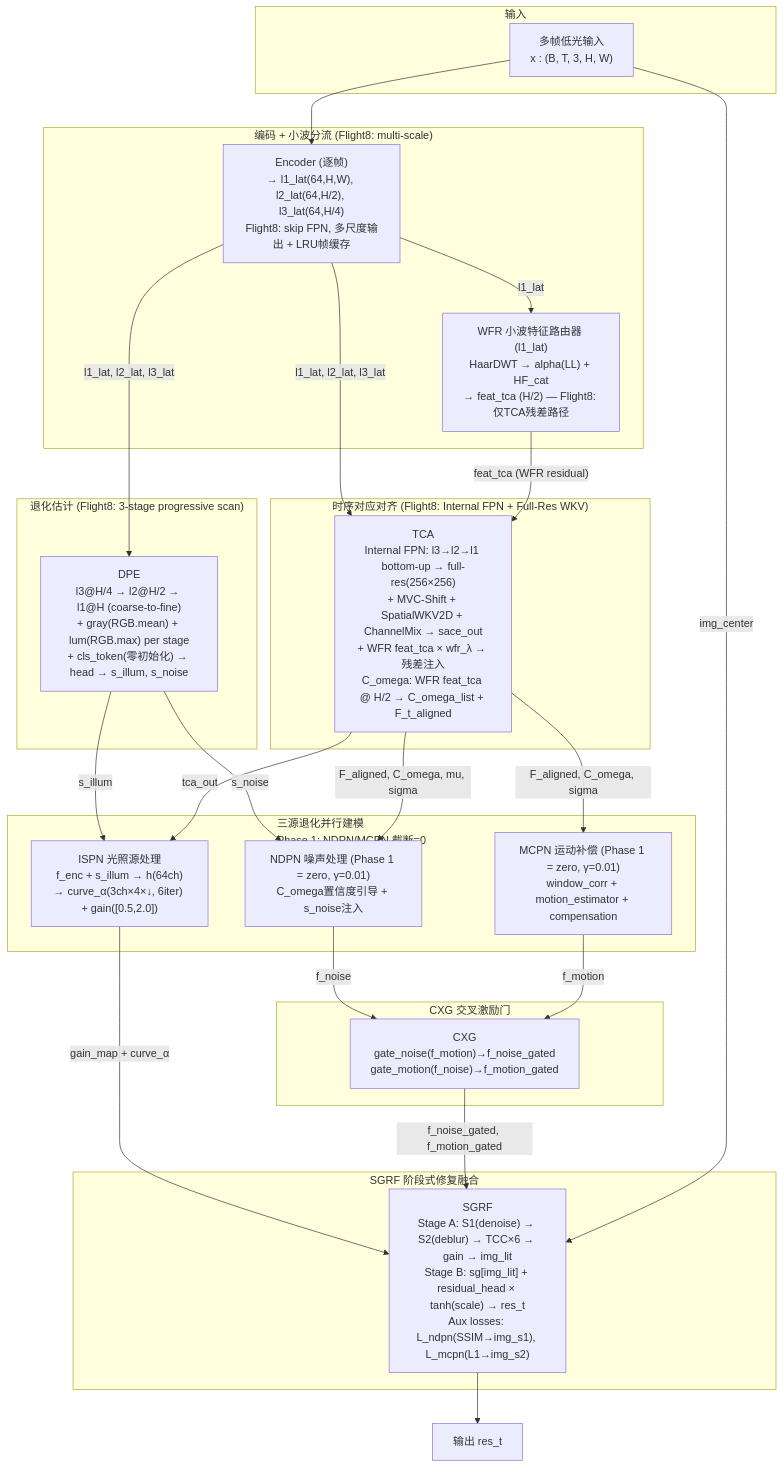
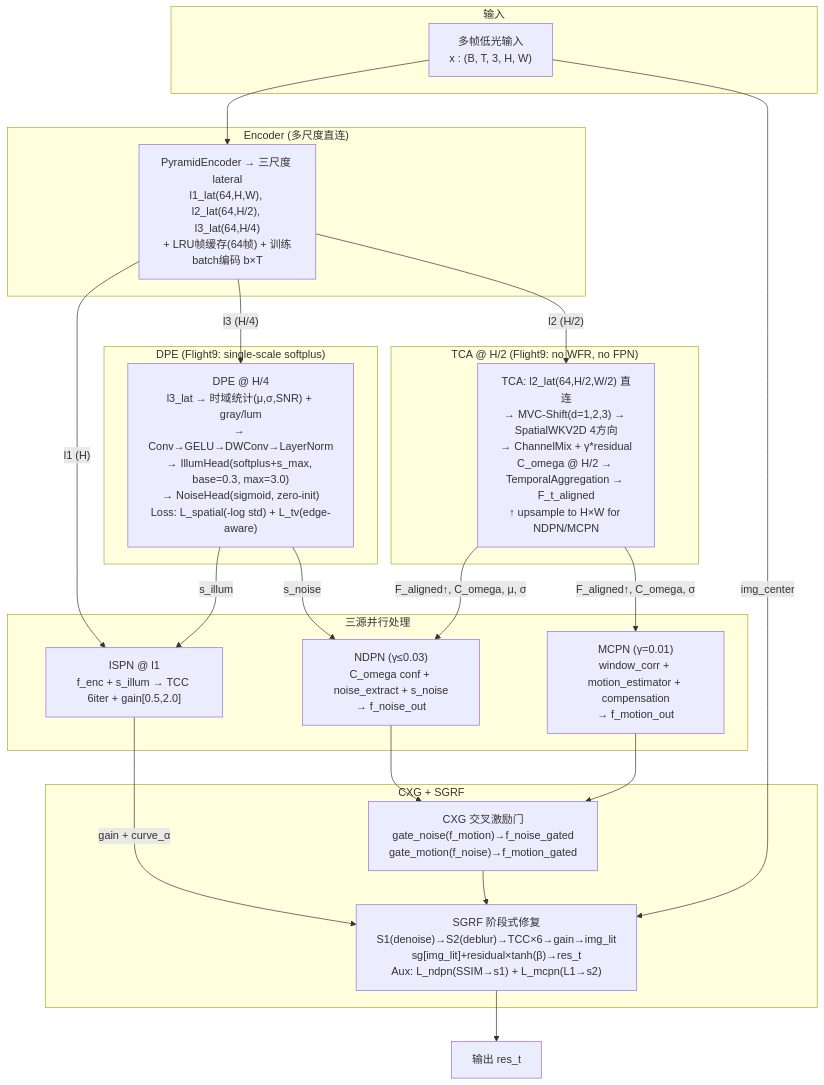
One commit to chendeming2002/TFS-Net changed the first of 2 diagrams in docs/v6/RWKV-Delta-model/v6-delta-diagrams.md. Above: the diagram before and after it, drawn with Mermaid. The commit also changed other lines of this file and 17 other files, not shown here.

````diff
--- a/docs/v6/RWKV-Delta-model/v6-delta-diagrams.md
+++ b/docs/v6/RWKV-Delta-model/v6-delta-diagrams.md
@@ -5,55 +5,46 @@
 ```mermaid
 flowchart TD
     subgraph 输入
         IN["多帧低光输入<br/>x : (B, T, 3, H, W)"]
     end
 
-    subgraph 编码分流["编码 + 小波分流 (Flight8: multi-scale)"]
-        ENC["Encoder (逐帧)<br/>→ l1_lat(64,H,W), l2_lat(64,H/2), l3_lat(64,H/4)<br/>Flight8: skip FPN, 多尺度输出 + LRU帧缓存"]
-        WFR["WFR 小波特征路由器 (l1_lat)<br/>HaarDWT → alpha(LL) + HF_cat<br/>→ feat_tca (H/2) — Flight8: 仅TCA残差路径"]
+    subgraph 编码["Encoder (多尺度直连)"]
+        ENC["PyramidEncoder → 三尺度 lateral<br/>l1_lat(64,H,W), l2_lat(64,H/2), l3_lat(64,H/4)<br/>+ LRU帧缓存(64帧) + 训练batch编码 b×T"]
     end
 
-    subgraph 诊断["退化估计 (Flight8: 3-stage progressive scan)"]
-        DPE["DPE<br/>l3@H/4 → l2@H/2 → l1@H (coarse-to-fine)<br/>+ gray(RGB.mean) + lum(RGB.max) per stage<br/>+ cls_token(零初始化) → head → s_illum, s_noise"]
+    subgraph 诊断["DPE (Flight9: single-scale softplus)"]
+        DPE["DPE @ H/4<br/>l3_lat → 时域统计(μ,σ,SNR) + gray/lum<br/>→ Conv→GELU→DWConv→LayerNorm<br/>→ IllumHead(softplus+s_max, base=0.3, max=3.0)<br/>→ NoiseHead(sigmoid, zero-init)<br/>Loss: L_spatial(-log std) + L_tv(edge-aware)"]
     end
 
-    subgraph 对齐["时序对应对齐 (Flight8: Internal FPN + Full-Res WKV)"]
-        TCA["TCA<br/>Internal FPN: l3→l2→l1 bottom-up → full-res(256×256)<br/>+ MVC-Shift + SpatialWKV2D + ChannelMix → sace_out<br/>+ WFR feat_tca × wfr_λ → 残差注入<br/>C_omega: WFR feat_tca @ H/2 → C_omega_list + F_t_aligned"]
+    subgraph 对齐["TCA @ H/2 (Flight9: no WFR, no FPN)"]
+        TCA["TCA: l2_lat(64,H/2,W/2) 直连<br/>→ MVC-Shift(d=1,2,3) → SpatialWKV2D 4方向<br/>→ ChannelMix + γ*residual<br/>C_omega @ H/2 → TemporalAggregation → F_t_aligned<br/>↑ upsample to H×W for NDPN/MCPN"]
     end
 
-    subgraph 处理层["三源退化并行建模<br/>Phase 1: NDPN/MCPN 截断=0"]
-        ISPN["ISPN 光照源处理<br/>f_enc + s_illum → h(64ch)<br/>→ curve_α(3ch×4×↓, 6iter) + gain([0.5,2.0])"]
-        NDPN["NDPN 噪声处理 (Phase 1 = zero, γ=0.01)<br/>C_omega置信度引导 + s_noise注入"]
-        MCPN["MCPN 运动补偿 (Phase 1 = zero, γ=0.01)<br/>window_corr + motion_estimator + compensation"]
+    subgraph 三源["三源并行处理"]
+        ISPN["ISPN @ l1<br/>f_enc + s_illum → TCC 6iter + gain[0.5,2.0]"]
+        NDPN["NDPN (γ≤0.03)<br/>C_omega conf + noise_extract + s_noise<br/>→ f_noise_out"]
+        MCPN["MCPN (γ=0.01)<br/>window_corr + motion_estimator + compensation<br/>→ f_motion_out"]
     end
 
-    subgraph 融合层["CXG 交叉激励门"]
-        CXG["CXG<br/>gate_noise(f_motion)→f_noise_gated<br/>gate_motion(f_noise)→f_motion_gated"]
-    end
-
-    subgraph 执行层["SGRF 阶段式修复融合"]
-        SGRF["SGRF<br/>Stage A: S1(denoise) → S2(deblur) → TCC×6 → gain → img_lit<br/>Stage B: sg[img_lit] + residual_head × tanh(scale) → res_t<br/>Aux losses: L_ndpn(SSIM→img_s1), L_mcpn(L1→img_s2)"]
+    subgraph 融合["CXG + SGRF"]
+        CXG["CXG 交叉激励门<br/>gate_noise(f_motion)→f_noise_gated<br/>gate_motion(f_noise)→f_motion_gated"]
+        SGRF["SGRF 阶段式修复<br/>S1(denoise)→S2(deblur)→TCC×6→gain→img_lit<br/>sg[img_lit]+residual×tanh(β)→res_t<br/>Aux: L_ndpn(SSIM→s1) + L_mcpn(L1→s2)"]
     end
 
     OUT["输出 res_t"]
 
     IN --> ENC
-    ENC -- "l1_lat" --> WFR
-    ENC -- "l1_lat, l2_lat, l3_lat" --> DPE
-    ENC -- "l1_lat, l2_lat, l3_lat" --> TCA
-    WFR -- "feat_tca (WFR residual)" --> TCA
+    ENC -- "l3 (H/4)" --> DPE
+    ENC -- "l2 (H/2)" --> TCA
+    ENC -- "l1 (H)" --> ISPN
     DPE -- "s_illum" --> ISPN
     DPE -- "s_noise" --> NDPN
-
-    TCA -- "tca_out" --> ISPN
-    TCA -- "F_aligned, C_omega, mu, sigma" --> NDPN
-    TCA -- "F_aligned, C_omega, sigma" --> MCPN
-
-    ISPN -- "gain_map + curve_α" --> SGRF
-    NDPN -- "f_noise" --> CXG
-    MCPN -- "f_motion" --> CXG
-    CXG -- "f_noise_gated, f_motion_gated" --> SGRF
-
+    TCA -- "F_aligned↑, C_omega, μ, σ" --> NDPN
+    TCA -- "F_aligned↑, C_omega, σ" --> MCPN
+    ISPN -- "gain + curve_α" --> SGRF
+    NDPN --> CXG
+    MCPN --> CXG
+    CXG --> SGRF
     IN -- "img_center" --> SGRF
     SGRF --> OUT
 ```
````
